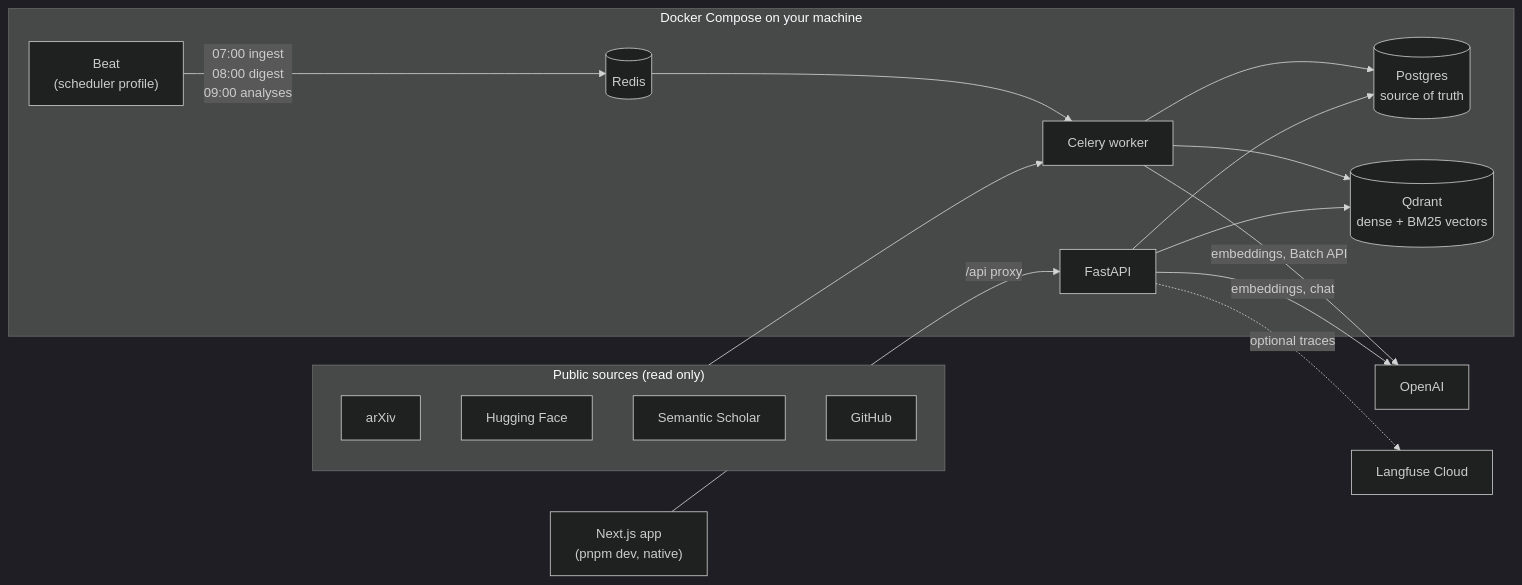
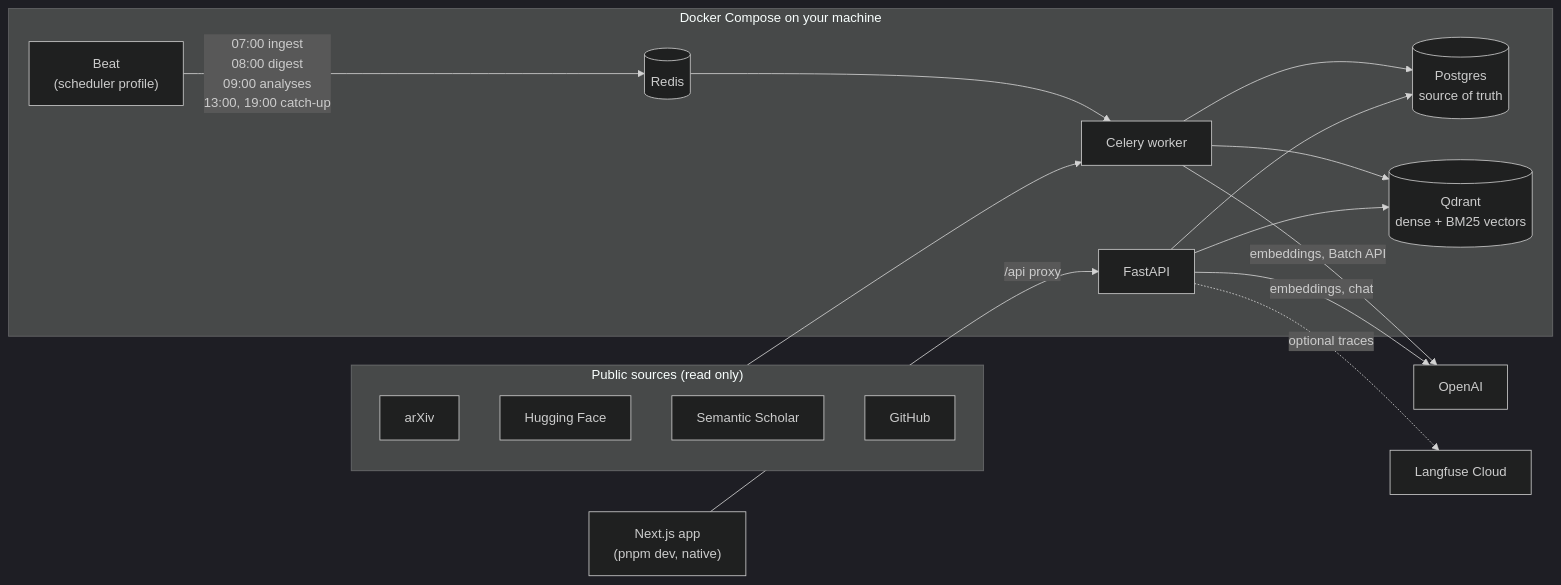
The diagram in README.md (EmirSalmanDev/RAG_Research_Assistant), drawn with Mermaid (dark theme) before and after one commit. The commit also changed other lines of this file and 21 other files, not shown here.

````diff
--- a/README.md
+++ b/README.md
@@ -20,22 +20,22 @@
 ```mermaid
 flowchart LR
     subgraph web["Public sources (read only)"]
         arxiv[arXiv]
         hf[Hugging Face]
         s2[Semantic Scholar]
         gh[GitHub]
     end
     subgraph stack["Docker Compose on your machine"]
-        beat["Beat<br/>(scheduler profile)"] -->|07:00 ingest<br/>08:00 digest<br/>09:00 analyses| redis[(Redis)]
+        beat["Beat<br/>(scheduler profile)"] -->|07:00 ingest<br/>08:00 digest<br/>09:00 analyses<br/>13:00, 19:00 catch-up| redis[(Redis)]
         redis --> worker[Celery worker]
         worker --> pg[("Postgres<br/>source of truth")]
         worker --> qd[("Qdrant<br/>dense + BM25 vectors")]
         api[FastAPI] --> pg
         api --> qd
     end
     web --> worker
     worker -->|embeddings, Batch API| openai[OpenAI]
     api -->|embeddings, chat| openai
     ui["Next.js app<br/>(pnpm dev, native)"] -->|/api proxy| api
     api -.->|optional traces| lf[Langfuse Cloud]
 ```
````
